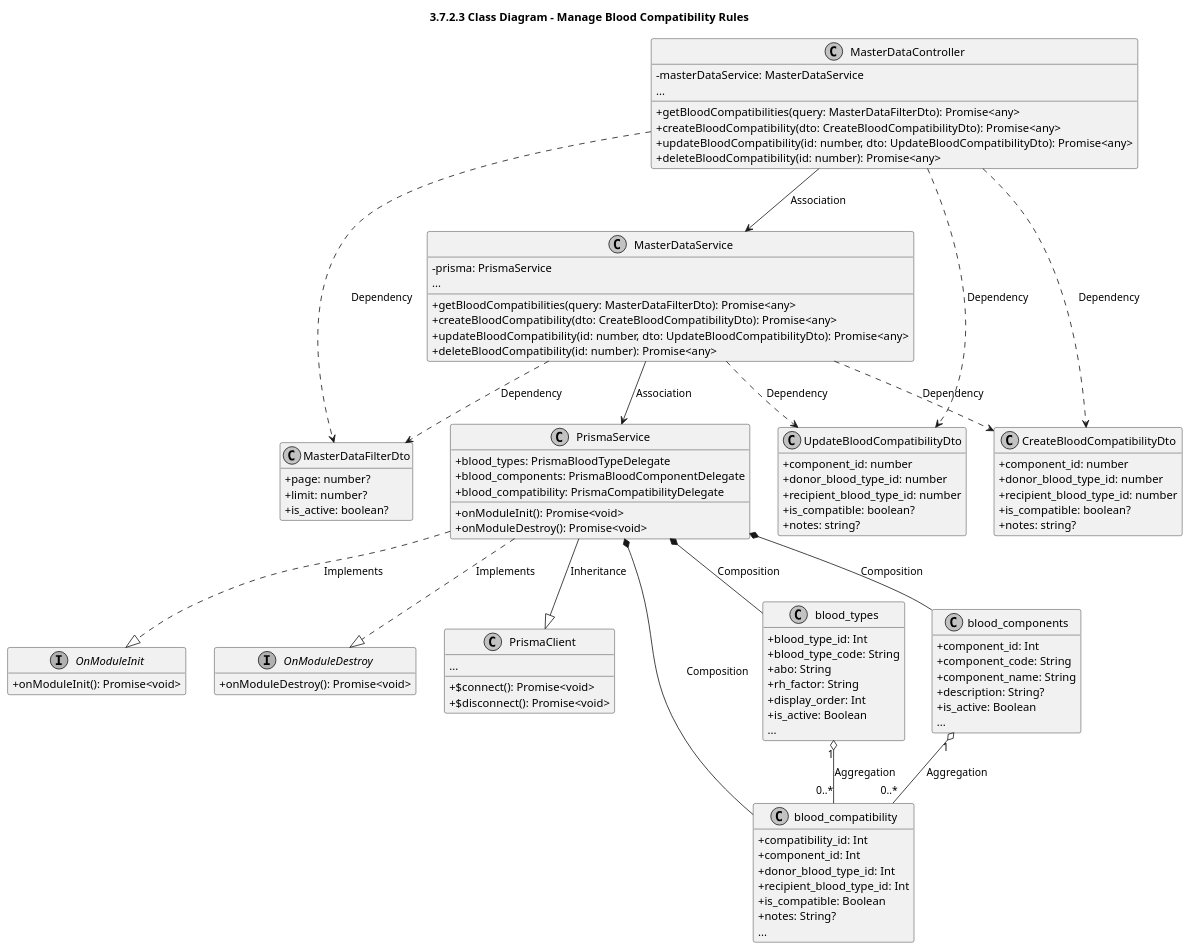
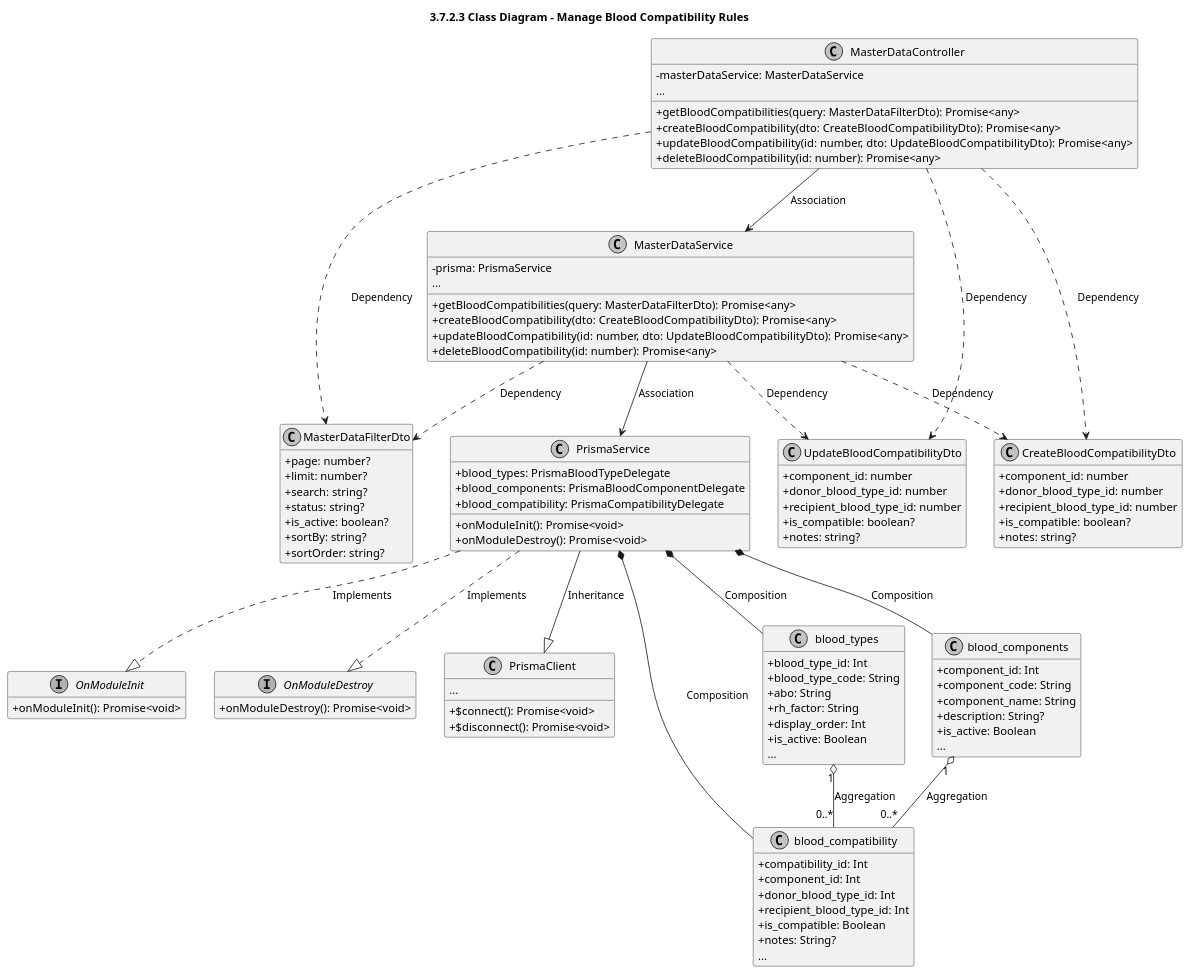
Before and after one commit to CuongBC195/class-diagram-donation-blood: the fourth of 6 diagrams in modules_plantuml/07_master-data.md, drawn with PlantUML. The commit also changed other lines of this file and 32 other files, not shown here.

Commit message:
fix(diagrams): 100% code alignment, fix FK multiplicities, connect ExcelUtil in 3.4, and convert all 1110 edges to Orthogonal

```diff
--- a/modules_plantuml/07_master-data.md
+++ b/modules_plantuml/07_master-data.md
@@ -678,7 +678,11 @@
 class MasterDataFilterDto {
   +page: number?
   +limit: number?
+  +search: string?
+  +status: string?
   +is_active: boolean?
+  +sortBy: string?
+  +sortOrder: string?
 }
 
 class CreateBloodCompatibilityDto {
```
